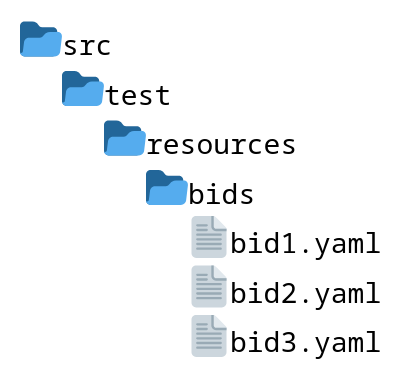
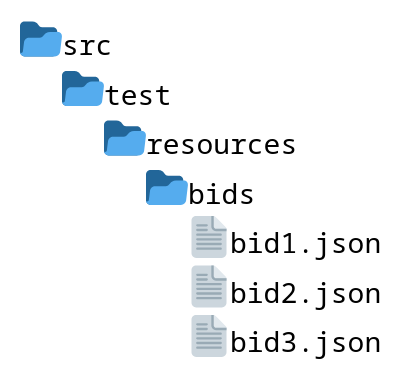
One commit to infoteam-Software-AG/profile-assist changed the diagram in src/main/docs/_includes/concept/bid-folder-structure.puml. Above: the diagram before and after it, drawn with PlantUML. The commit also changed 1 other file, not shown here.

```diff
--- a/src/main/docs/_includes/concept/bid-folder-structure.puml
+++ b/src/main/docs/_includes/concept/bid-folder-structure.puml
@@ -1,5 +1,5 @@
 @startfiles
-/src/test/resources/bids/bid1.yaml
-/src/test/resources/bids/bid2.yaml
-/src/test/resources/bids/bid3.yaml
+/src/test/resources/bids/bid1.json
+/src/test/resources/bids/bid2.json
+/src/test/resources/bids/bid3.json
 @endfiles
```
